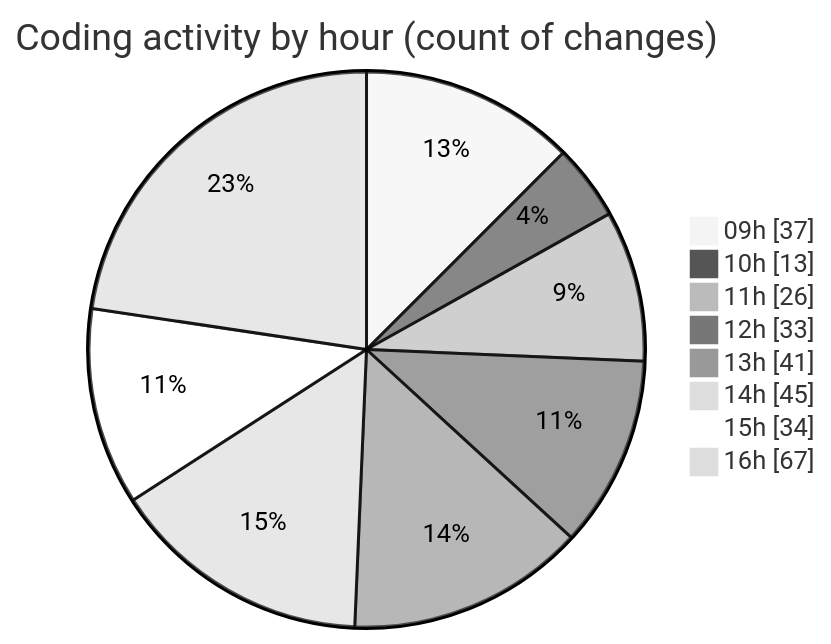
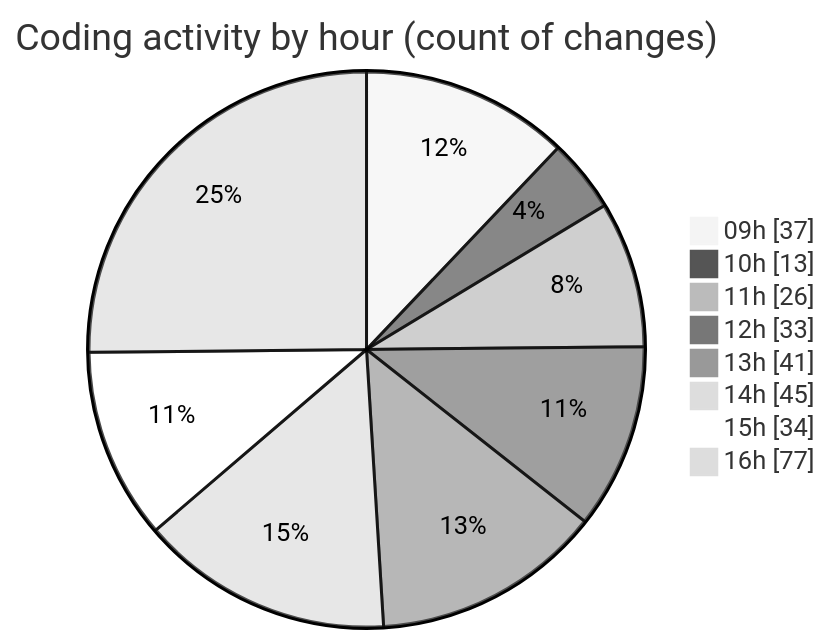
The second of 2 diagrams in 2026-04-23/cda/README.md (momahboobian/code-tracking), drawn with Mermaid (neutral theme) before and after one commit. The commit also changed other lines of this file and 1 other file, not shown here.

````diff
--- a/2026-04-23/cda/README.md
+++ b/2026-04-23/cda/README.md
@@ -56,12 +56,12 @@
 ```mermaid
 pie showData
 title Coding activity by hour (count of changes)
 "09h" : 37
 "10h" : 13
 "11h" : 26
 "12h" : 33
 "13h" : 41
 "14h" : 45
 "15h" : 34
-"16h" : 67
+"16h" : 77
 ```
````
